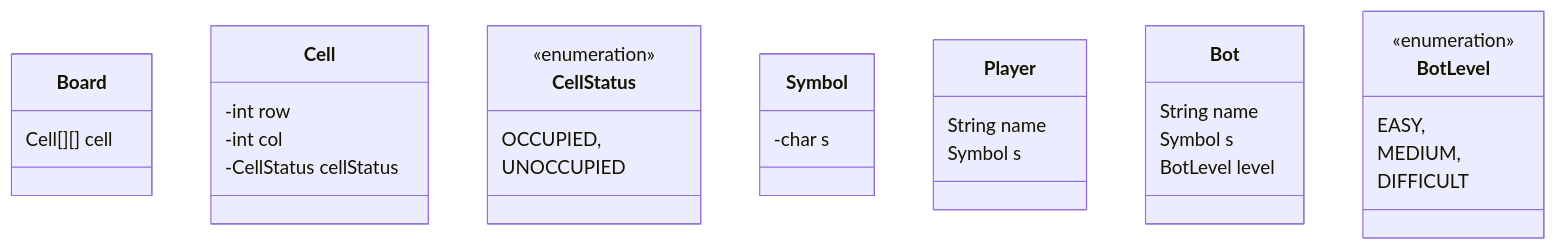
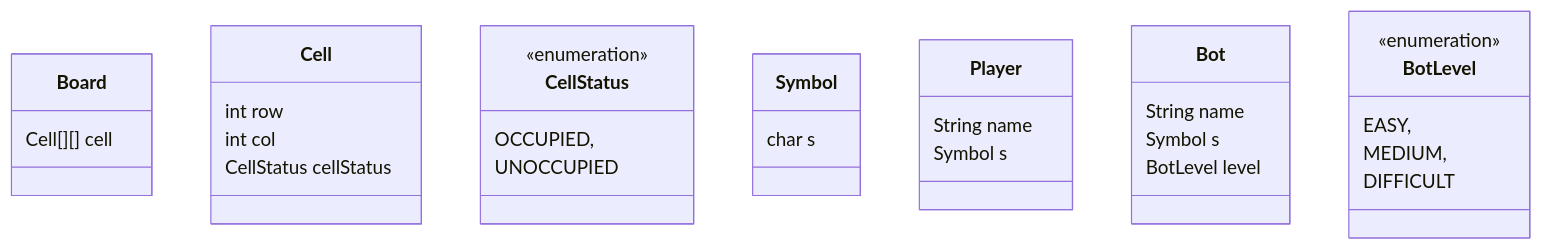
One commit to sudhanshusingh-g/lld changed the first of 2 diagrams in notes/DesignProblems/TicTacToe/About.md. Above: the diagram before and after it, drawn with Mermaid. The commit also changed 1 other file, not shown here.

Commit message:
Anonymous Class and Dunctional Interface

````diff
--- a/notes/DesignProblems/TicTacToe/About.md
+++ b/notes/DesignProblems/TicTacToe/About.md
@@ -64,41 +64,41 @@
 ```mermaid
 
 
 classDiagram
 
 class Board{
 Cell[][] cell
 }
 class Cell{
--int row
--int col
--CellStatus cellStatus
+int row
+int col
+CellStatus cellStatus
 }
 class CellStatus{
     <<enumeration>>
 OCCUPIED,
 UNOCCUPIED
 }
 
 class Symbol{
-    -char s
+    char s
 }
 class Player{
     String name
     Symbol s
 }
 
 class Bot{
     String name
     Symbol s
     BotLevel level
 }
 
 class BotLevel{
     <<enumeration>>
     EASY,
     MEDIUM,
     DIFFICULT
 }
 
 ```
````
